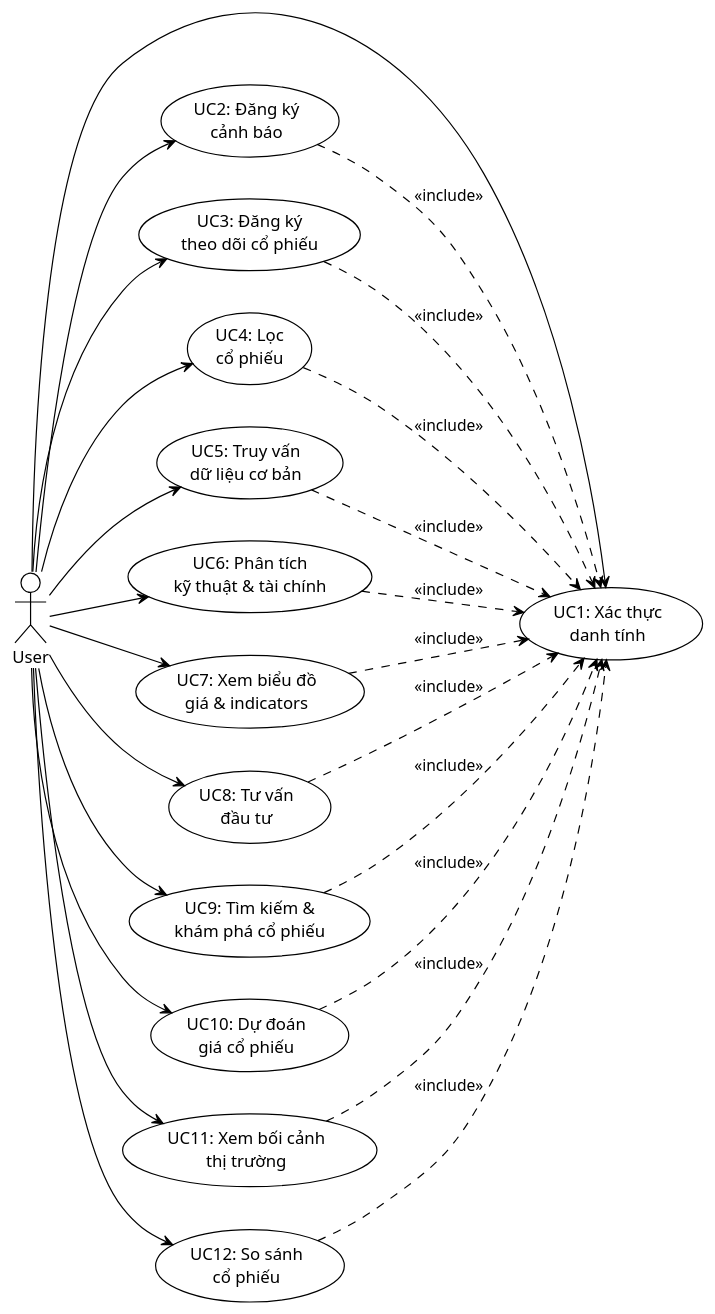
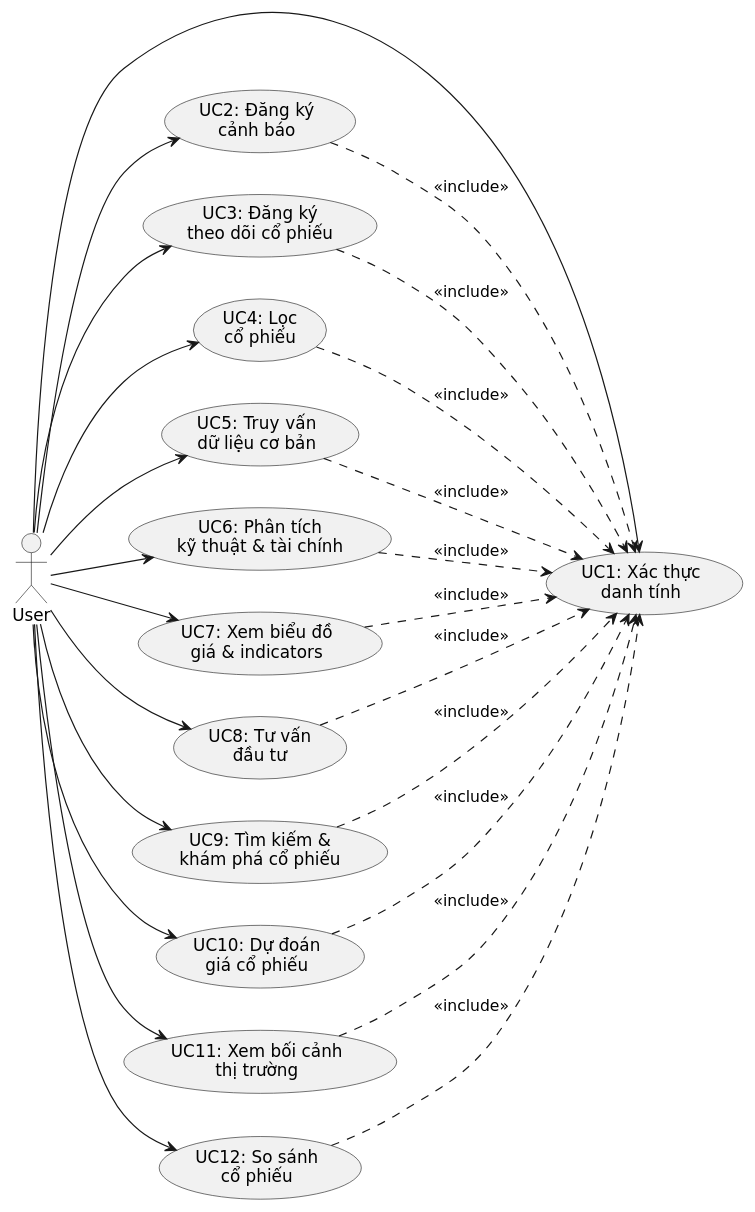
Before and after one commit to GiangNV-HUST/DATN: the diagram in diagrams/sources/usecase_diagrams/usecase_diagram_with_prediction.puml, drawn with PlantUML. The commit also changed 48 other files, not shown here.

First line of the commit message:
fix: Re-render all diagrams using PlantUML online server for Vietnamese font support

```diff
--- a/diagrams/sources/usecase_diagrams/usecase_diagram_with_prediction.puml
+++ b/diagrams/sources/usecase_diagrams/usecase_diagram_with_prediction.puml
@@ -1,49 +1,49 @@
 @startuml usecase_diagram_with_prediction
-!theme plain
+!pragma charset UTF-8
 skinparam backgroundColor #FFFFFF
 skinparam shadowing false
-skinparam defaultFontName Arial
+skinparam defaultFontName "DejaVu Sans"
 
 left to right direction
 
 actor "User" as User
 
 usecase "UC1: Xác thực\ndanh tính" as UC1
 usecase "UC2: Đăng ký\ncảnh báo" as UC2
 usecase "UC3: Đăng ký\ntheo dõi cổ phiếu" as UC3
 usecase "UC4: Lọc\ncổ phiếu" as UC4
 usecase "UC5: Truy vấn\ndữ liệu cơ bản" as UC5
 usecase "UC6: Phân tích\nkỹ thuật & tài chính" as UC6
 usecase "UC7: Xem biểu đồ\ngiá & indicators" as UC7
 usecase "UC8: Tư vấn\nđầu tư" as UC8
 usecase "UC9: Tìm kiếm &\nkhám phá cổ phiếu" as UC9
 usecase "UC10: Dự đoán\ngiá cổ phiếu" as UC10
 usecase "UC11: Xem bối cảnh\nthị trường" as UC11
 usecase "UC12: So sánh\ncổ phiếu" as UC12
 
 User --> UC1
 User --> UC2
 User --> UC3
 User --> UC4
 User --> UC5
 User --> UC6
 User --> UC7
 User --> UC8
 User --> UC9
 User --> UC10
 User --> UC11
 User --> UC12
 
 UC2 ..> UC1 : <<include>>
 UC3 ..> UC1 : <<include>>
 UC4 ..> UC1 : <<include>>
 UC5 ..> UC1 : <<include>>
 UC6 ..> UC1 : <<include>>
 UC7 ..> UC1 : <<include>>
 UC8 ..> UC1 : <<include>>
 UC9 ..> UC1 : <<include>>
 UC10 ..> UC1 : <<include>>
 UC11 ..> UC1 : <<include>>
 UC12 ..> UC1 : <<include>>
 
 @enduml
```
